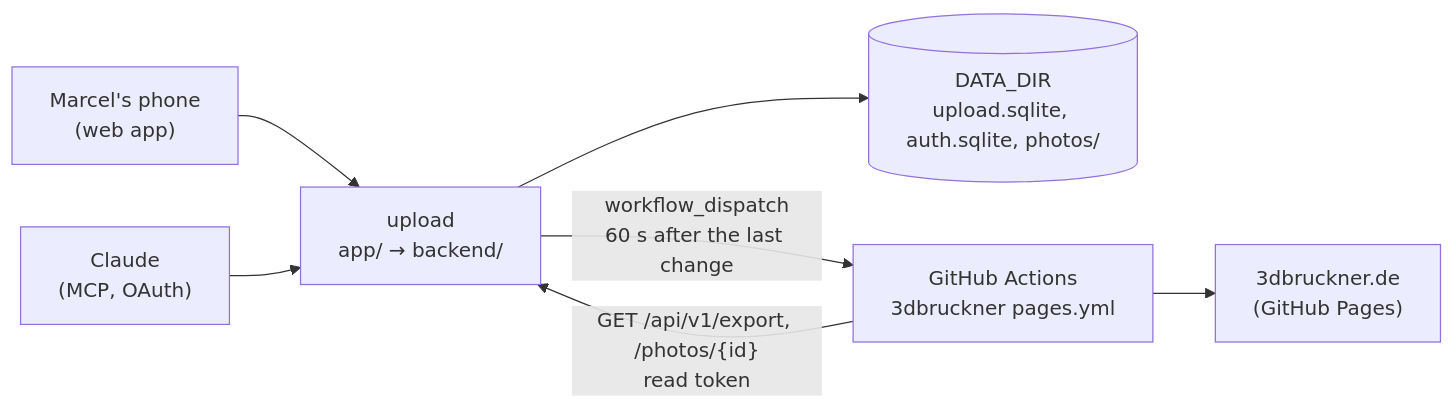
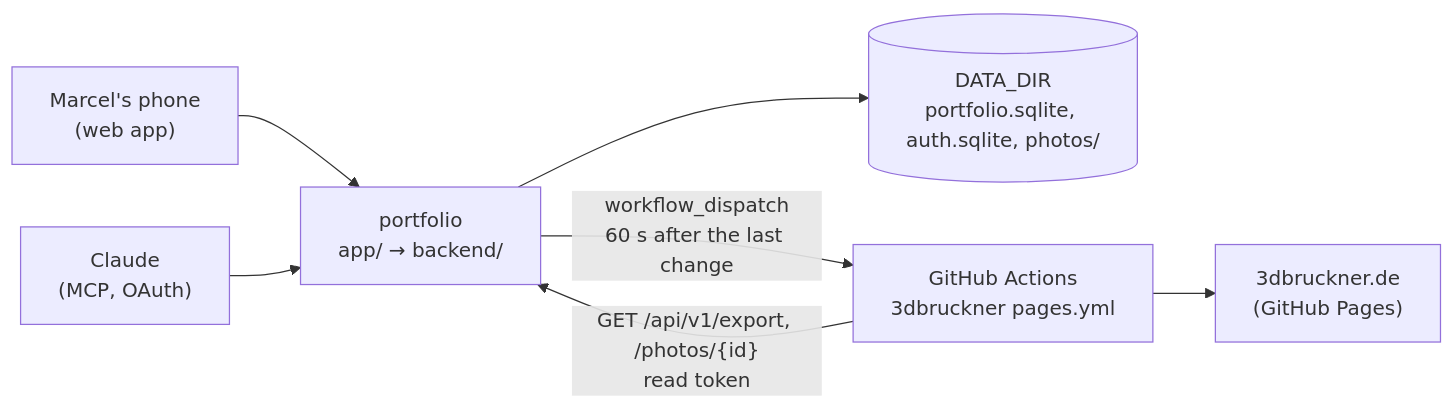
The diagram in docs/architecture.md (3D-Bruckner/portfolio), drawn with Mermaid before and after one commit. The commit also changed other lines of this file and 28 other files, not shown here.

````diff
--- a/docs/architecture.md
+++ b/docs/architecture.md
@@ -5,9 +5,9 @@
 ```mermaid
 flowchart LR
   P["Marcel's phone<br/>(web app)"] --> A
   C["Claude<br/>(MCP, OAuth)"] --> A
-  A["upload<br/>app/ → backend/"] --> D[("DATA_DIR<br/>upload.sqlite, auth.sqlite, photos/")]
+  A["portfolio<br/>app/ → backend/"] --> D[("DATA_DIR<br/>portfolio.sqlite, auth.sqlite, photos/")]
   A -- "workflow_dispatch<br/>60 s after the last change" --> G["GitHub Actions<br/>3dbruckner pages.yml"]
   G -- "GET /api/v1/export, /photos/{id}<br/>read token" --> A
   G --> S["3dbruckner.de<br/>(GitHub Pages)"]
 ```
````
